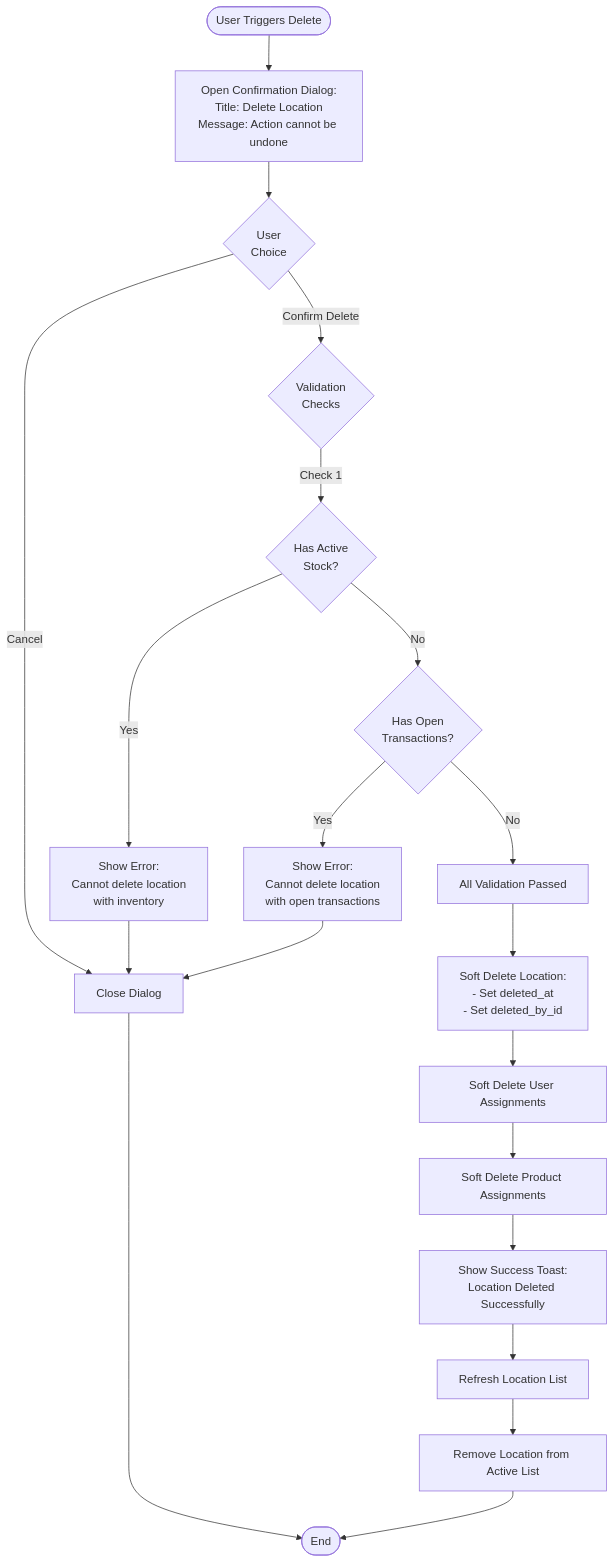
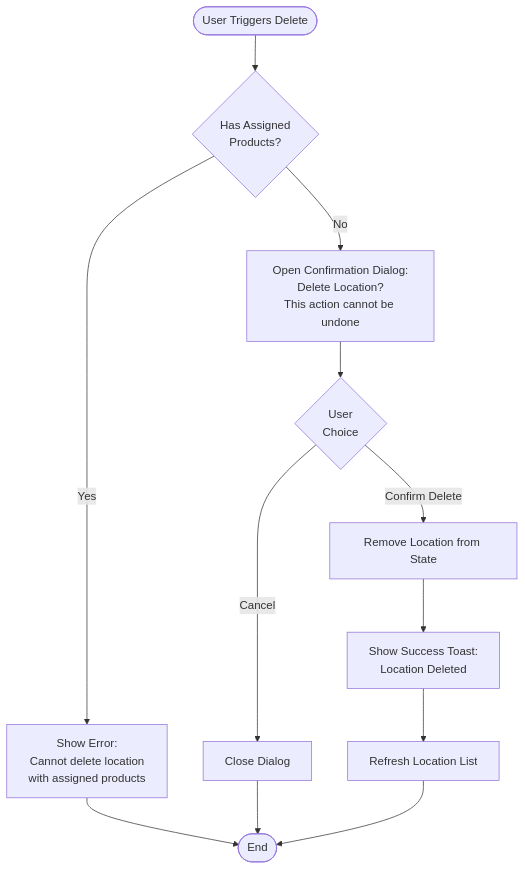
The fourth of 12 diagrams in docs/app/system-administration/location-management/FD-location-management.md (CarmenSoftware-organization/carmen), drawn with Mermaid before and after one commit. The commit also changed other lines of this file and 1788 other files, not shown here.

````diff
--- a/docs/app/system-administration/location-management/FD-location-management.md
+++ b/docs/app/system-administration/location-management/FD-location-management.md
@@ -173,27 +136,19 @@
 ```mermaid
 flowchart TD
-    Start([User Triggers Delete]) --> OpenDialog[Open Confirmation Dialog:<br/>Title: Delete Location<br/>Message: Action cannot be undone]
+    Start([User Triggers Delete]) --> CheckProducts{Has Assigned<br/>Products?}
+
+    CheckProducts -->|Yes| BlockDelete[Show Error:<br/>Cannot delete location<br/>with assigned products]
+    BlockDelete --> End([End])
+
+    CheckProducts -->|No| OpenDialog[Open Confirmation Dialog:<br/>Delete Location?<br/>This action cannot be undone]
+
     OpenDialog --> UserChoice{User<br/>Choice}
 
     UserChoice -->|Cancel| CloseDialog[Close Dialog]
-    CloseDialog --> End([End])
+    CloseDialog --> End
 
-    UserChoice -->|Confirm Delete| ValidateDelete{Validation<br/>Checks}
-
-    ValidateDelete -->|Check 1| HasStock{Has Active<br/>Stock?}
-    HasStock -->|Yes| StockError[Show Error:<br/>Cannot delete location<br/>with inventory]
-    StockError --> CloseDialog
-
-    HasStock -->|No| HasTransactions{Has Open<br/>Transactions?}
-    HasTransactions -->|Yes| TransError[Show Error:<br/>Cannot delete location<br/>with open transactions]
-    TransError --> CloseDialog
-
-    HasTransactions -->|No| CanDelete[All Validation Passed]
-    CanDelete --> SoftDeleteLocation[Soft Delete Location:<br/>- Set deleted_at<br/>- Set deleted_by_id]
-    SoftDeleteLocation --> SoftDeleteUsers[Soft Delete User Assignments]
-    SoftDeleteUsers --> SoftDeleteProducts[Soft Delete Product Assignments]
-    SoftDeleteProducts --> ShowSuccess[Show Success Toast:<br/>Location Deleted Successfully]
+    UserChoice -->|Confirm Delete| DeleteLocation[Remove Location from State]
+    DeleteLocation --> ShowSuccess[Show Success Toast:<br/>Location Deleted]
     ShowSuccess --> RefreshList[Refresh Location List]
-    RefreshList --> UpdateDisplay[Remove Location from Active List]
-    UpdateDisplay --> End
+    RefreshList --> End
 ```
````
